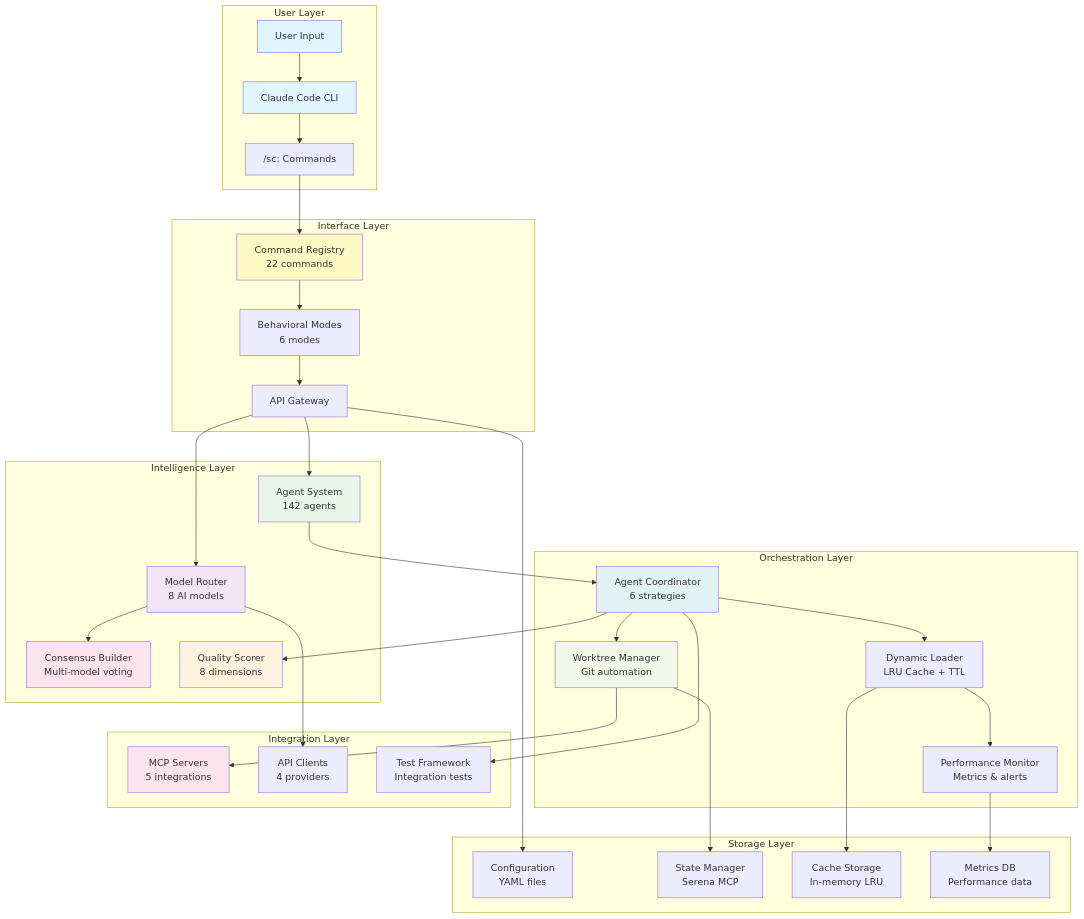
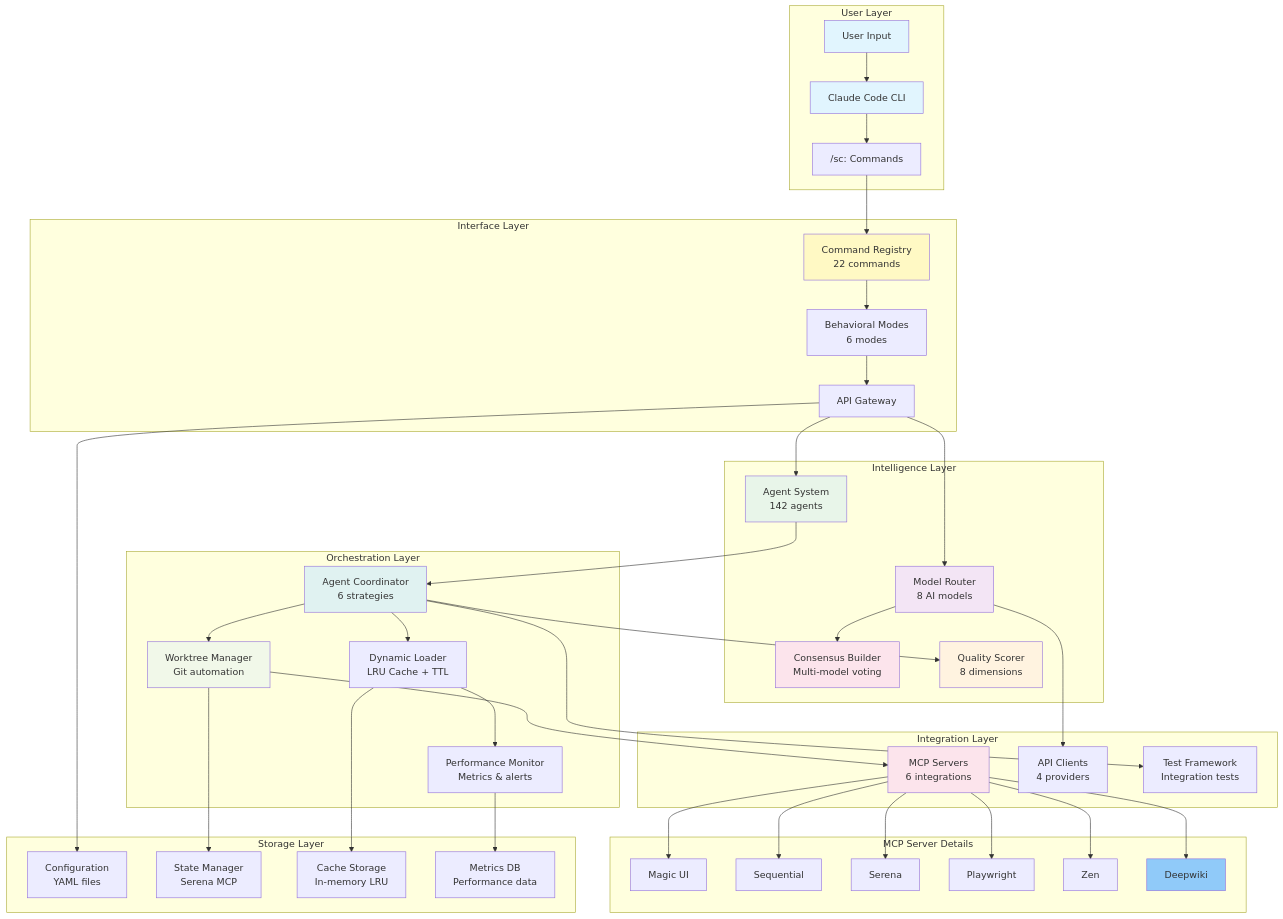
One commit to Tony363/SuperClaude changed the diagram in README.md. Above: the diagram before and after it, drawn with Mermaid. The commit also changed other lines of this file and 5 other files, not shown here.

````diff
--- a/README.md
+++ b/README.md
@@ -62,9 +62,18 @@
     end
 
     subgraph "Integration Layer"
-        MCP[MCP Servers<br/>5 integrations]
+        MCP[MCP Servers<br/>6 integrations]
         APC[API Clients<br/>4 providers]
         TF[Test Framework<br/>Integration tests]
+    end
+
+    subgraph "MCP Server Details"
+        MAGIC[Magic UI]
+        SEQ[Sequential]
+        SERENA[Serena]
+        PLAY[Playwright]
+        ZEN[Zen]
+        DEEP[Deepwiki]
     end
 
     subgraph "Storage Layer"
@@ -94,6 +103,13 @@
     MR --> APC
     AC --> TF
 
+    MCP --> MAGIC
+    MCP --> SEQ
+    MCP --> SERENA
+    MCP --> PLAY
+    MCP --> ZEN
+    MCP --> DEEP
+
     DL --> CACHE
     WM --> STATE
     API --> CONFIG
@@ -109,4 +125,5 @@
     style AC fill:#e0f2f1
     style WM fill:#f1f8e9
     style CB fill:#fce4ec
+    style DEEP fill:#90caf9
 ```
````
